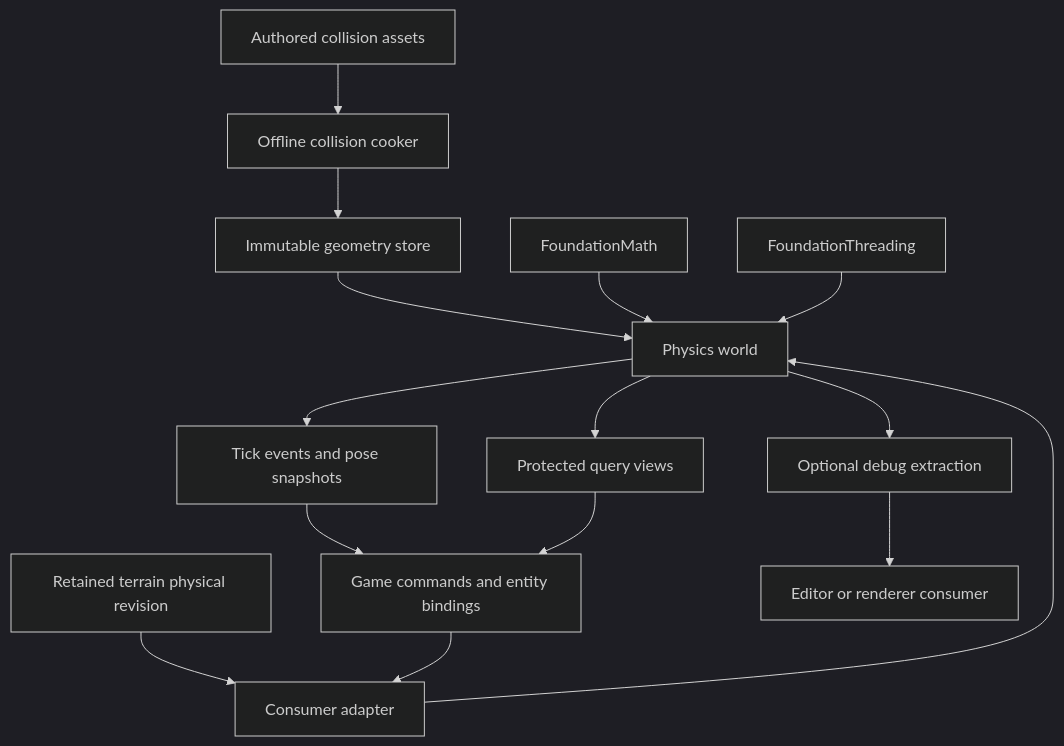
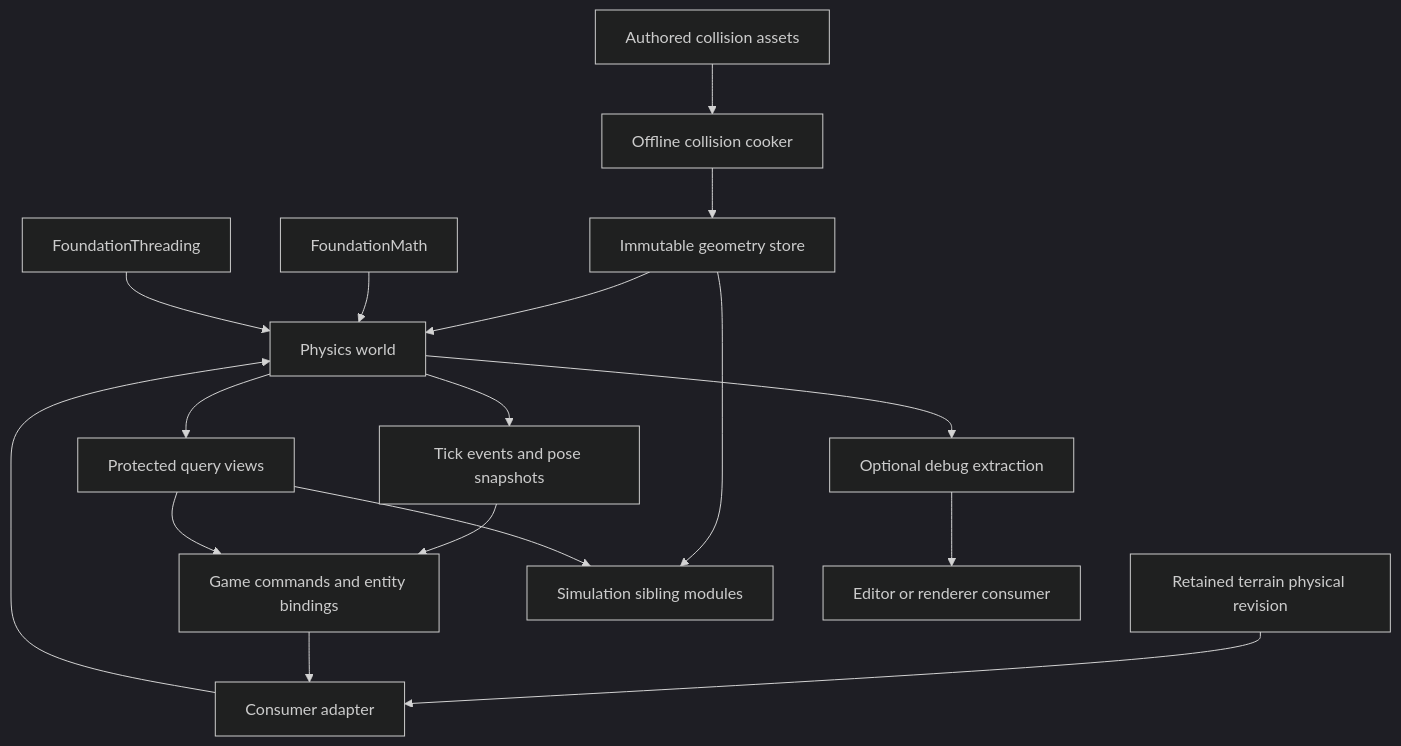
The diagram in docs/architecture/physics-systems.md (The-Ludus-Project/Ludus), drawn with Mermaid (dark theme) before and after one commit. The commit also changed other lines of this file and 1 other file, not shown here.

````diff
--- a/docs/architecture/physics-systems.md
+++ b/docs/architecture/physics-systems.md
@@ -234,17 +298,19 @@
 ```mermaid
 flowchart TD
     Assets[Authored collision assets] --> Cook[Offline collision cooker]
     Cook --> Geometry[Immutable geometry store]
     Terrain[Retained terrain physical revision] --> Adapter[Consumer adapter]
     Game[Game commands and entity bindings] --> Adapter
     Adapter --> World[Physics world]
     Geometry --> World
     Math[FoundationMath] --> World
     Jobs[FoundationThreading] --> World
     World --> Events[Tick events and pose snapshots]
     World --> Queries[Protected query views]
     Events --> Game
     Queries --> Game
+    Geometry --> Siblings[Simulation sibling modules]
+    Queries --> Siblings
     World --> Debug[Optional debug extraction]
     Debug --> Editor[Editor or renderer consumer]
 ```
````
